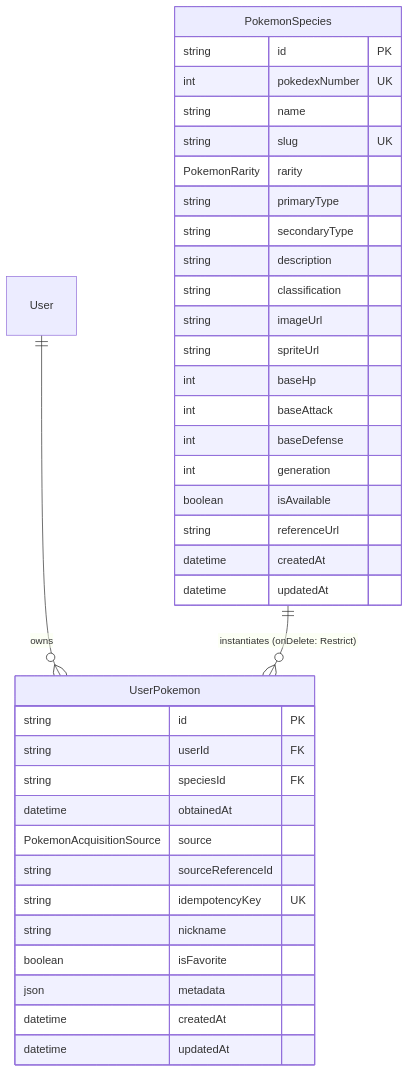
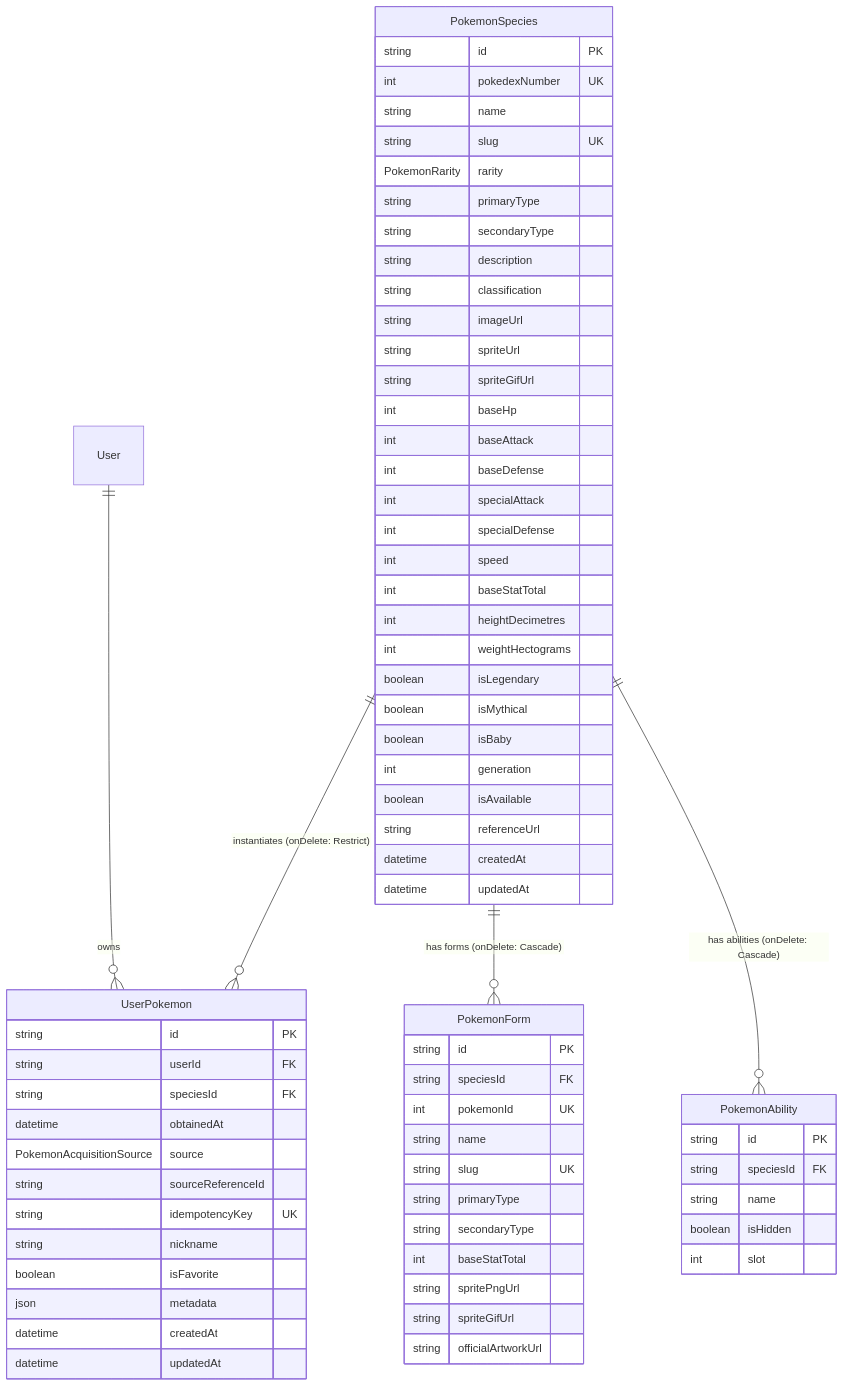
One commit to lrfsdevs/holdmetoit changed the diagram in docs/pokemon/README.md. Above: the diagram before and after it, drawn with Mermaid. The commit also changed other lines of this file and 16 other files, not shown here.

First line of the commit message:
refactor(pokemon): make catalogue DB-resident, normalize schema, replace importer

````diff
--- a/docs/pokemon/README.md
+++ b/docs/pokemon/README.md
@@ -37,42 +37,76 @@
 ```mermaid
 erDiagram
     User ||--o{ UserPokemon : "owns"
     PokemonSpecies ||--o{ UserPokemon : "instantiates (onDelete: Restrict)"
+    PokemonSpecies ||--o{ PokemonForm : "has forms (onDelete: Cascade)"
+    PokemonSpecies ||--o{ PokemonAbility : "has abilities (onDelete: Cascade)"
 
     PokemonSpecies {
         string id PK
         int pokedexNumber UK
         string name
         string slug UK
         PokemonRarity rarity
         string primaryType
         string secondaryType
         string description
         string classification
         string imageUrl
         string spriteUrl
+        string spriteGifUrl
         int baseHp
         int baseAttack
         int baseDefense
+        int specialAttack
+        int specialDefense
+        int speed
+        int baseStatTotal
+        int heightDecimetres
+        int weightHectograms
+        boolean isLegendary
+        boolean isMythical
+        boolean isBaby
         int generation
         boolean isAvailable
         string referenceUrl
         datetime createdAt
         datetime updatedAt
+    }
+
+    PokemonForm {
+        string id PK
+        string speciesId FK
+        int pokemonId UK
+        string name
+        string slug UK
+        string primaryType
+        string secondaryType
+        int baseStatTotal
+        string spritePngUrl
+        string spriteGifUrl
+        string officialArtworkUrl
+    }
+
+    PokemonAbility {
+        string id PK
+        string speciesId FK
+        string name
+        boolean isHidden
+        int slot
     }
 
     UserPokemon {
         string id PK
         string userId FK
         string speciesId FK
         datetime obtainedAt
         PokemonAcquisitionSource source
         string sourceReferenceId
         string idempotencyKey UK
         string nickname
         boolean isFavorite
         json metadata
         datetime createdAt
         datetime updatedAt
     }
 ```
````
